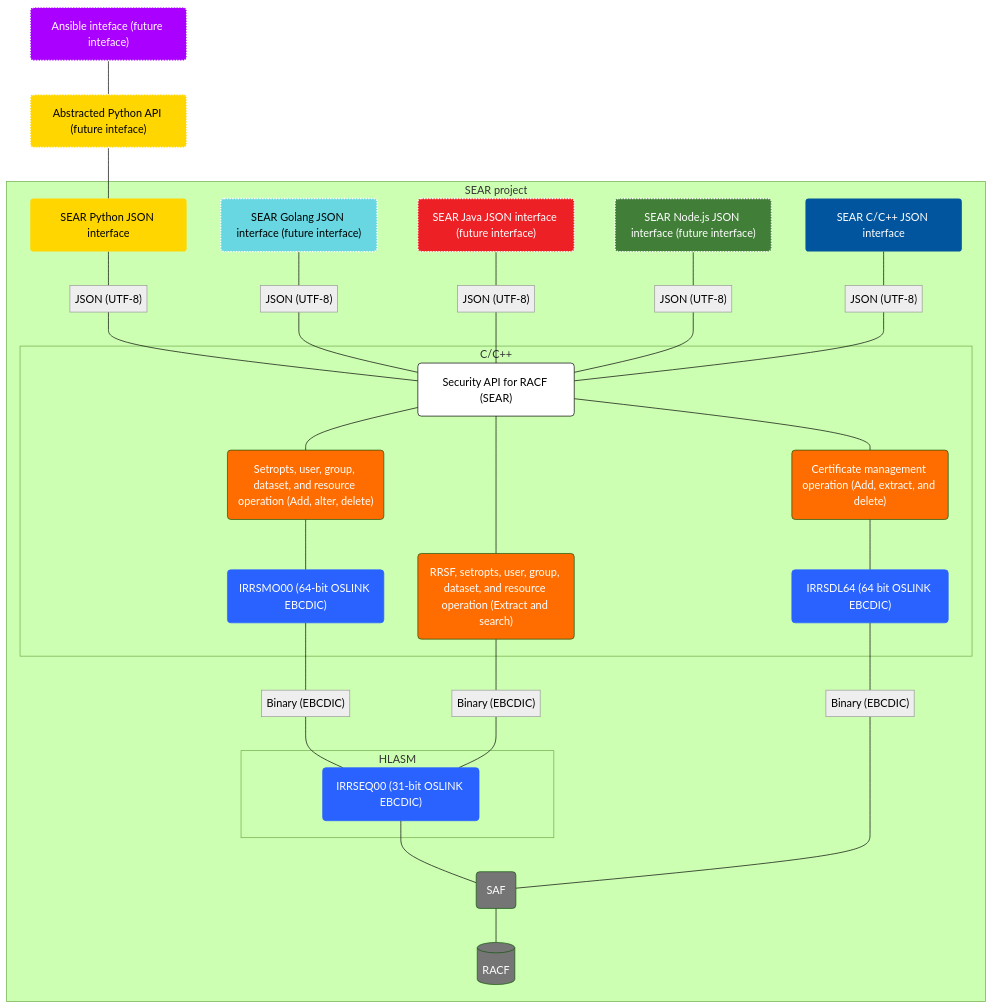
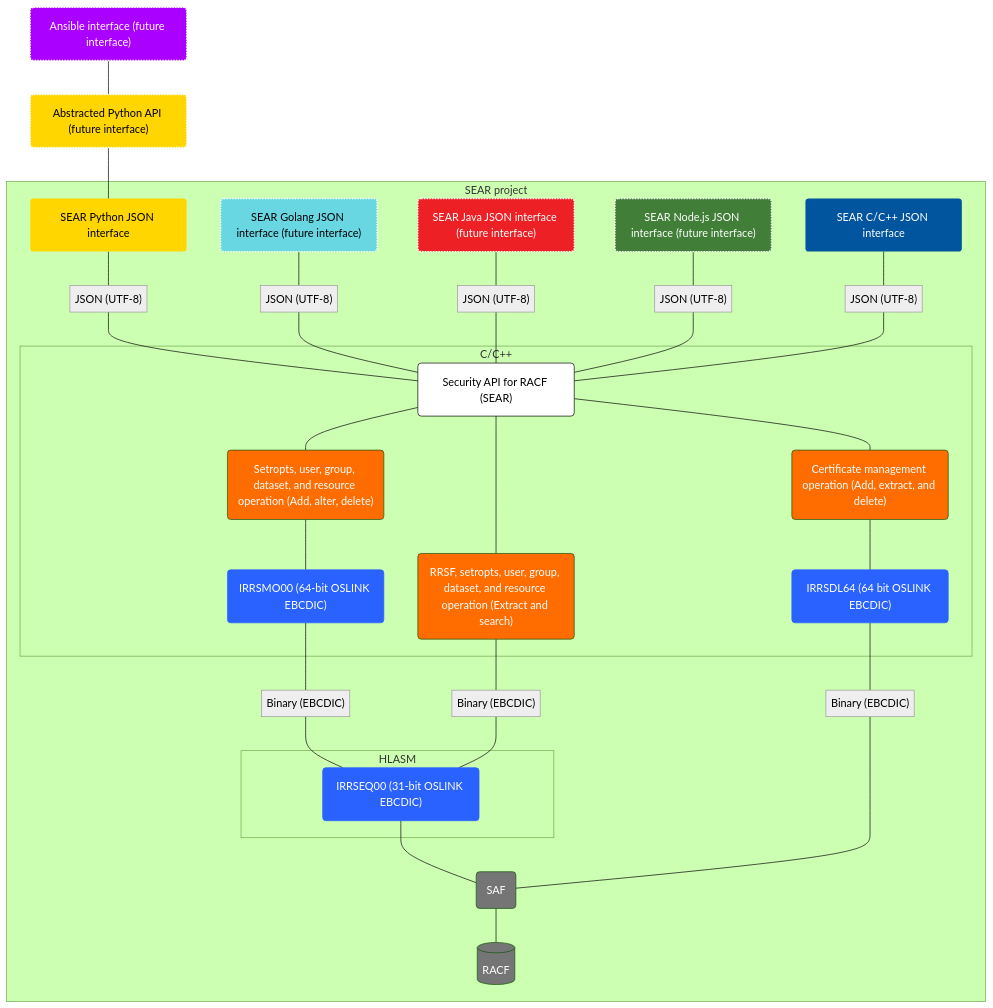
One commit to Mainframe-Renewal-Project/sear-docs changed the diagram in index.md. Above: the diagram before and after it, drawn with Mermaid (forest theme).

Commit message:
Fixed some spelling mistakes

```diff
--- a/index.md
+++ b/index.md
@@ -124,8 +124,8 @@
         n21@{ label: "<span style=\"padding-left:\">JSON (UTF-8)</span>" }
         n20["SEAR C/C++ JSON interface"]
   end
-    n23["Abstracted Python API (future inteface)"] --- A
-    n24["Ansible inteface (future inteface)"] --- n23
+    n23["Abstracted Python API (future interface)"] --- A
+    n24["Ansible interface (future interface)"] --- n23
     A --- n3
     n3 --- n1
     n1 --- n5 & n7 & n12
```
